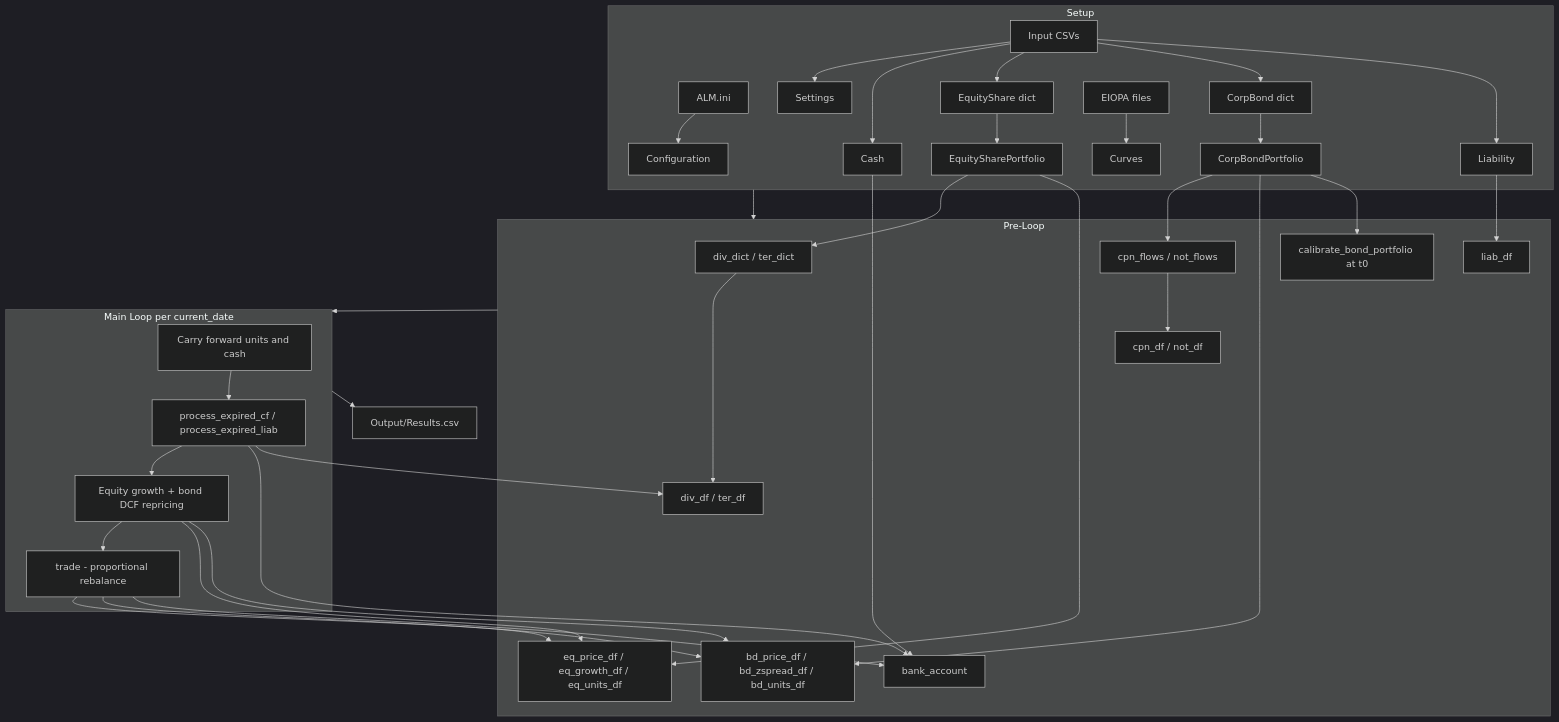
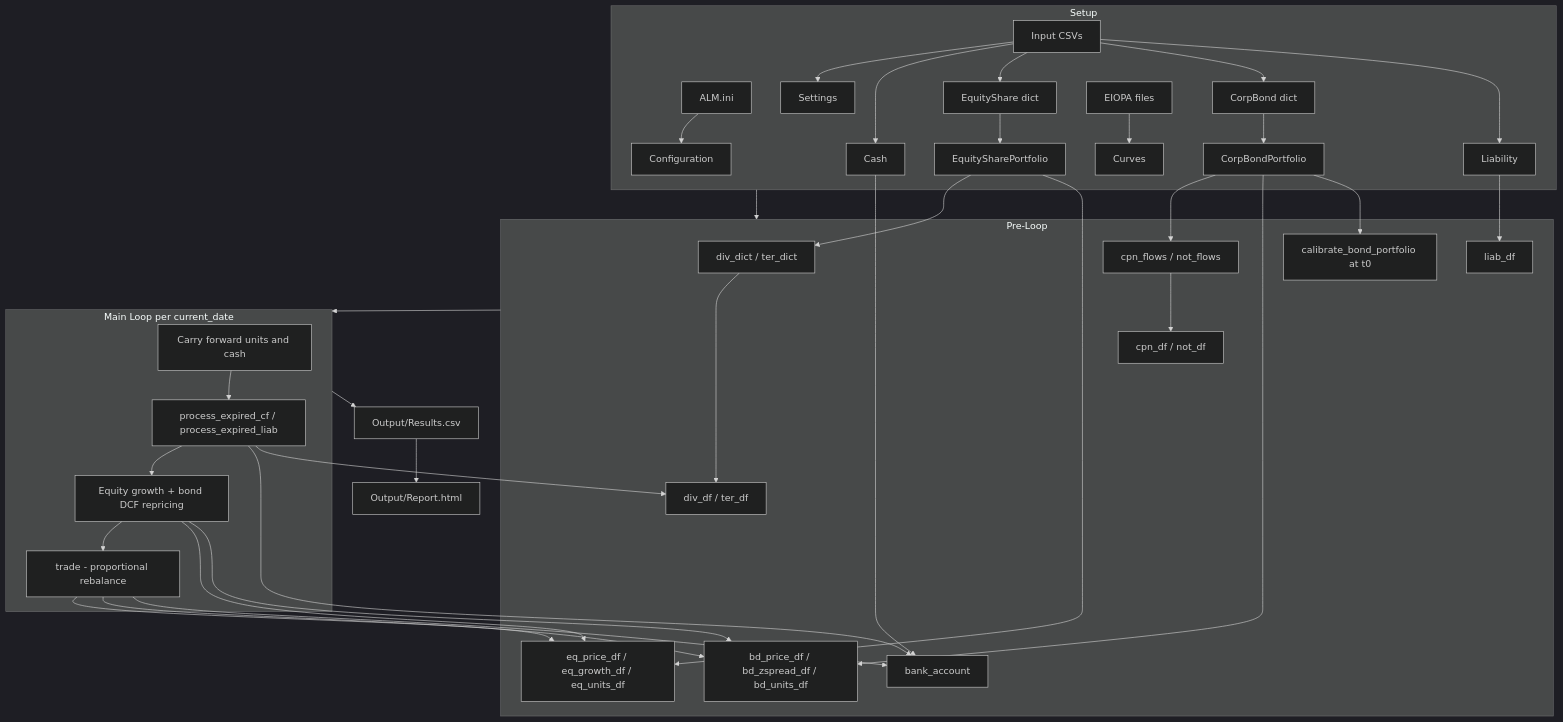
Before and after one commit to open-source-modelling/Open_Source_Economic_Model: the diagram in AGENTS.md, drawn with Mermaid (dark theme). The commit also changed other lines of this file and 7 other files, not shown here.

````diff
--- a/AGENTS.md
+++ b/AGENTS.md
@@ -41,44 +41,45 @@
 ```mermaid
 flowchart TB
     subgraph setup [Setup]
         INI[ALM.ini] --> conf[Configuration]
         CSV[Input CSVs] --> settings[Settings]
         CSV --> cashObj[Cash]
         CSV --> eqInput[EquityShare dict]
         CSV --> bdInput[CorpBond dict]
         CSV --> liabObj[Liability]
         EIOPA[EIOPA files] --> curves[Curves]
         eqInput --> eqPtf[EquitySharePortfolio]
         bdInput --> bdPtf[CorpBondPortfolio]
     end
 
     subgraph preloop [Pre-Loop]
         eqPtf --> cfDicts[div_dict / ter_dict]
         bdPtf --> bondDicts[cpn_flows / not_flows]
         cfDicts --> cfDfs[div_df / ter_df]
         bondDicts --> bondDfs[cpn_df / not_df]
         liabObj --> liabDf[liab_df]
         eqPtf --> eqDfs[eq_price_df / eq_growth_df / eq_units_df]
         bdPtf --> bdDfs[bd_price_df / bd_zspread_df / bd_units_df]
         cashObj --> bankDf[bank_account]
         bdPtf --> calib[calibrate_bond_portfolio at t0]
     end
 
     subgraph loop [Main Loop per current_date]
         carry[Carry forward units and cash]
         expire[process_expired_cf / process_expired_liab]
         grow[Equity growth + bond DCF repricing]
         tradeFn[trade - proportional rebalance]
         carry --> expire --> grow --> tradeFn
         expire --> bankDf
         expire --> cfDfs
         grow --> eqDfs
         grow --> bdDfs
         tradeFn --> eqDfs
         tradeFn --> bdDfs
         tradeFn --> bankDf
     end
 
     setup --> preloop --> loop
     loop --> results[Output/Results.csv]
+    results --> report[Output/Report.html]
 ```
````
